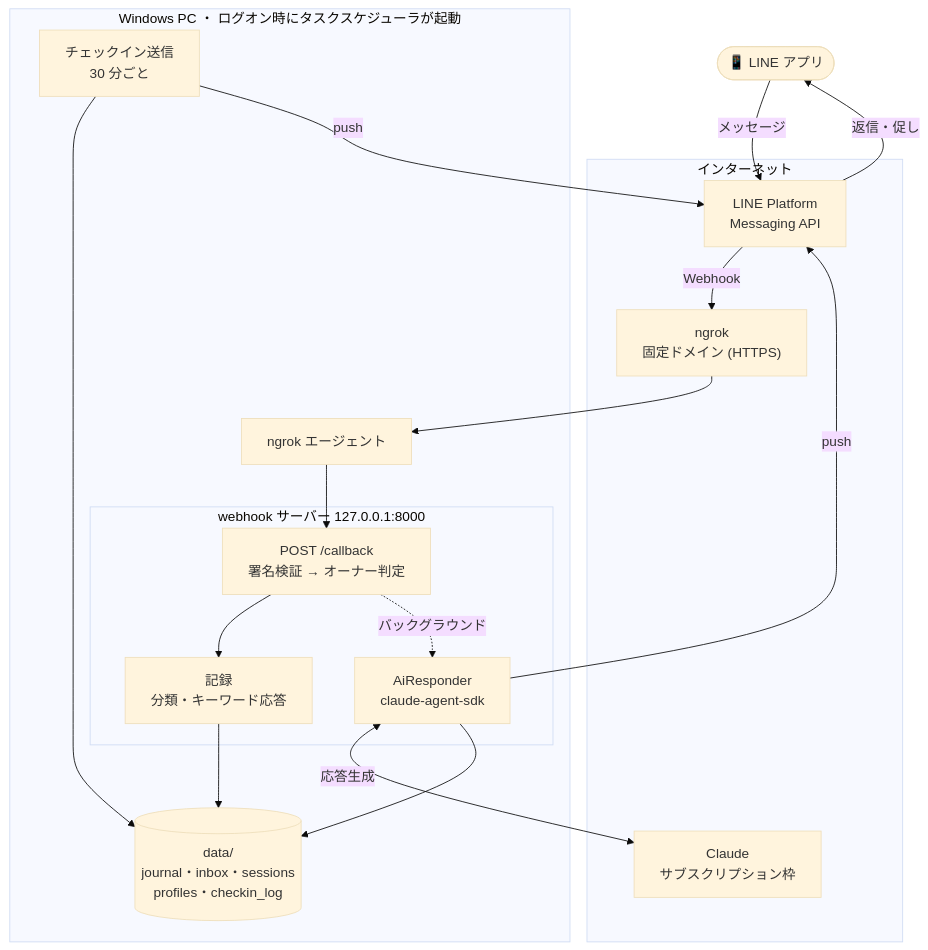
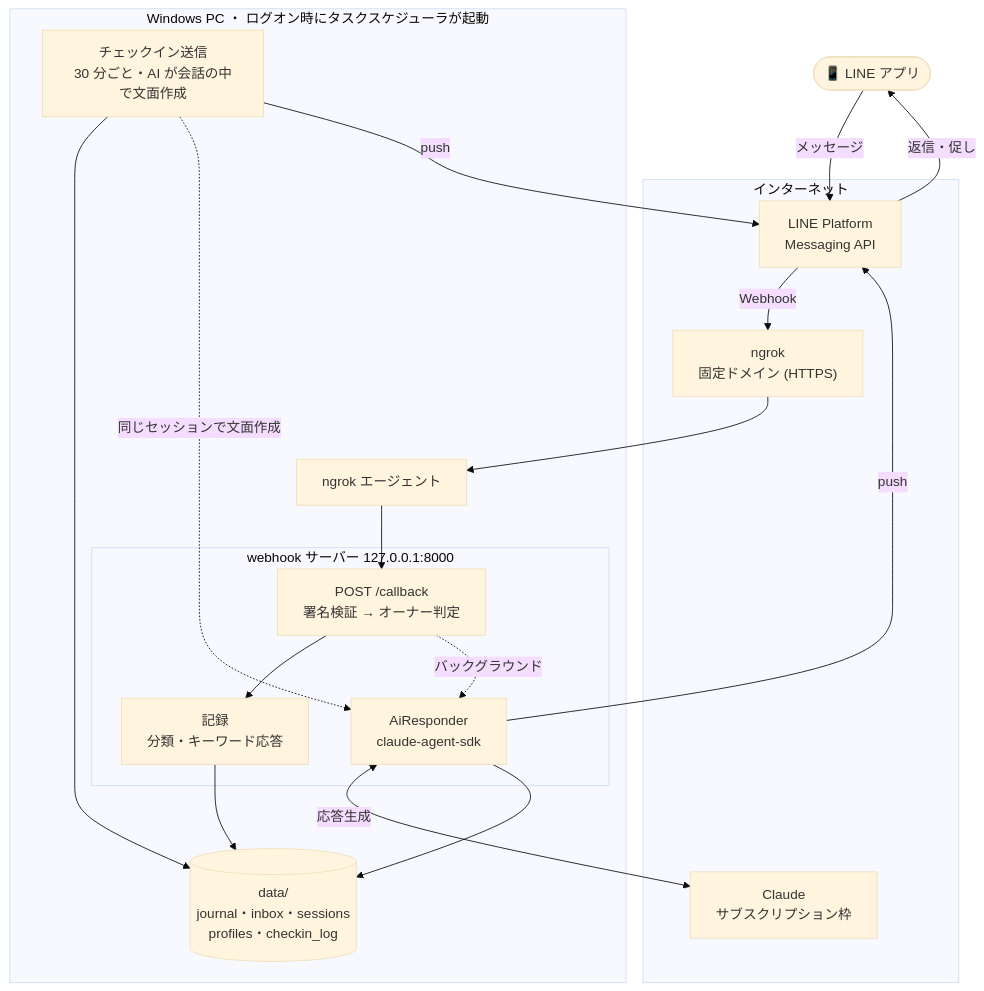
Before and after one commit to ayatough/ai-journaling-agent: the first of 3 diagrams in docs/architecture.md, drawn with Mermaid (base theme). The commit also changed other lines of this file and 11 other files, not shown here.

````diff
--- a/docs/architecture.md
+++ b/docs/architecture.md
@@ -8,32 +8,33 @@
 ```mermaid
 flowchart TB
     user(["📱 LINE アプリ"])
 
     subgraph cloud["インターネット"]
         line["LINE Platform<br/>Messaging API"]
         ngrok_edge["ngrok<br/>固定ドメイン (HTTPS)"]
         anthropic["Claude<br/>サブスクリプション枠"]
     end
 
     subgraph pc["Windows PC ・ ログオン時にタスクスケジューラが起動"]
         tunnel["ngrok エージェント"]
         subgraph app["webhook サーバー 127.0.0.1:8000"]
             callback["POST /callback<br/>署名検証 → オーナー判定"]
             handlers["記録<br/>分類・キーワード応答"]
             responder["AiResponder<br/>claude-agent-sdk"]
         end
-        checkin["チェックイン送信<br/>30 分ごと"]
+        checkin["チェックイン送信<br/>30 分ごと・AI が会話の中で文面作成"]
         data[("data/<br/>journal・inbox・sessions<br/>profiles・checkin_log")]
     end
 
     user -- "メッセージ" --> line
     line -- "Webhook" --> ngrok_edge --> tunnel --> callback
     callback --> handlers --> data
     callback -. "バックグラウンド" .-> responder
     responder <-- "応答生成" --> anthropic
     responder --> data
     responder -- "push" --> line
     checkin --> data
+    checkin -. "同じセッションで文面作成" .-> responder
     checkin -- "push" --> line
     line -- "返信・促し" --> user
 ```
````
